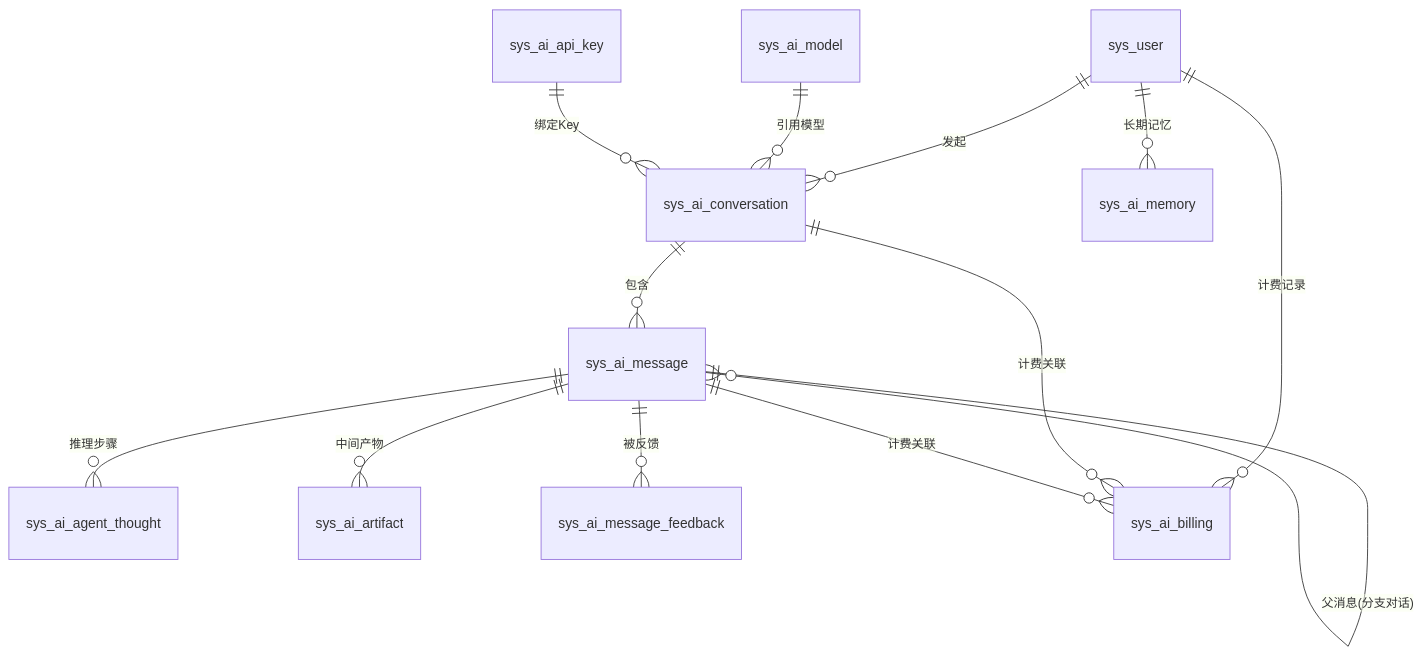
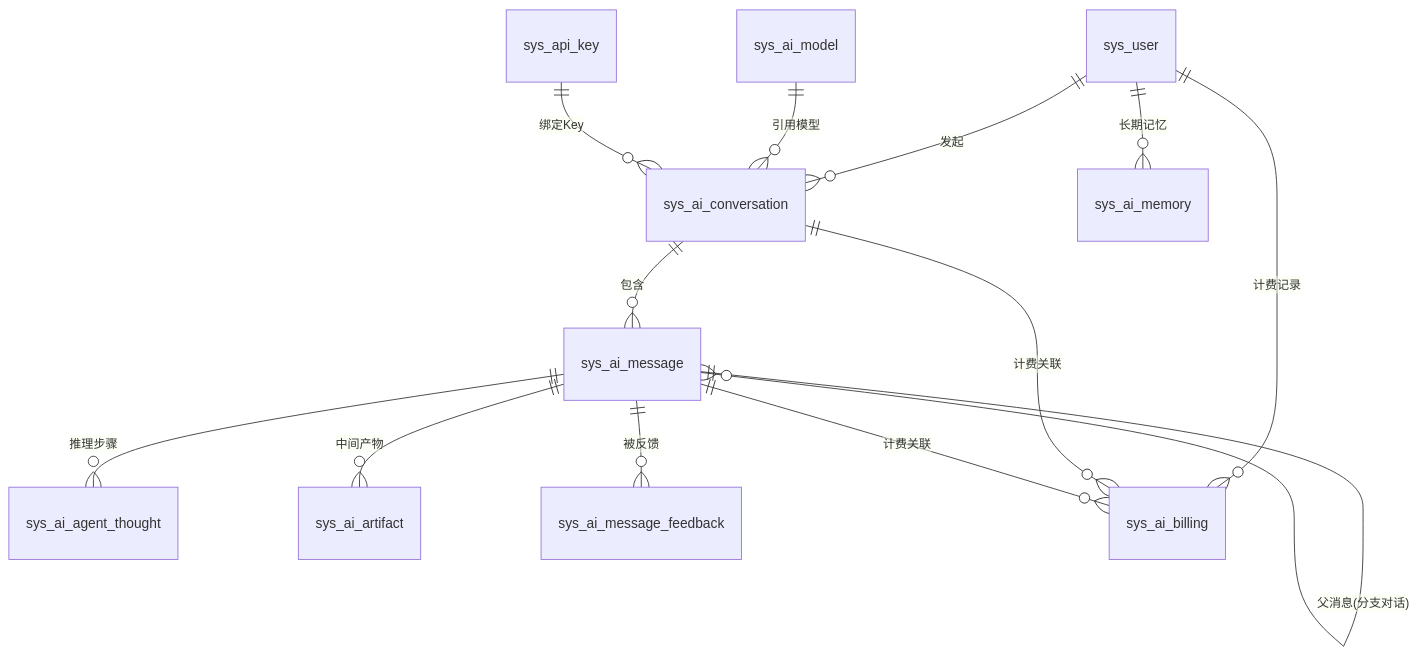
Before and after one commit to earthy-zinc/dehaze-system: the sixth of 7 diagrams in dehaze-doc/docs/02-系统架构/03-数据库设计.md, drawn with Mermaid. The commit also changed other lines of this file and 2 other files, not shown here.

````diff
--- a/dehaze-doc/docs/02-系统架构/03-数据库设计.md
+++ b/dehaze-doc/docs/02-系统架构/03-数据库设计.md
@@ -155,15 +153,15 @@
 ```mermaid
 erDiagram
     sys_user ||--o{ sys_ai_conversation : "发起"
     sys_ai_model ||--o{ sys_ai_conversation : "引用模型"
     sys_ai_conversation ||--o{ sys_ai_message : "包含"
     sys_ai_message ||--o{ sys_ai_message : "父消息(分支对话)"
     sys_ai_message ||--o{ sys_ai_agent_thought : "推理步骤"
     sys_ai_message ||--o{ sys_ai_artifact : "中间产物"
     sys_ai_message ||--o{ sys_ai_message_feedback : "被反馈"
     sys_user ||--o{ sys_ai_memory : "长期记忆"
     sys_user ||--o{ sys_ai_billing : "计费记录"
-    sys_ai_api_key ||--o{ sys_ai_conversation : "绑定Key"
+    sys_api_key ||--o{ sys_ai_conversation : "绑定Key"
     sys_ai_conversation ||--o{ sys_ai_billing : "计费关联"
     sys_ai_message ||--o{ sys_ai_billing : "计费关联"
 ```
````
